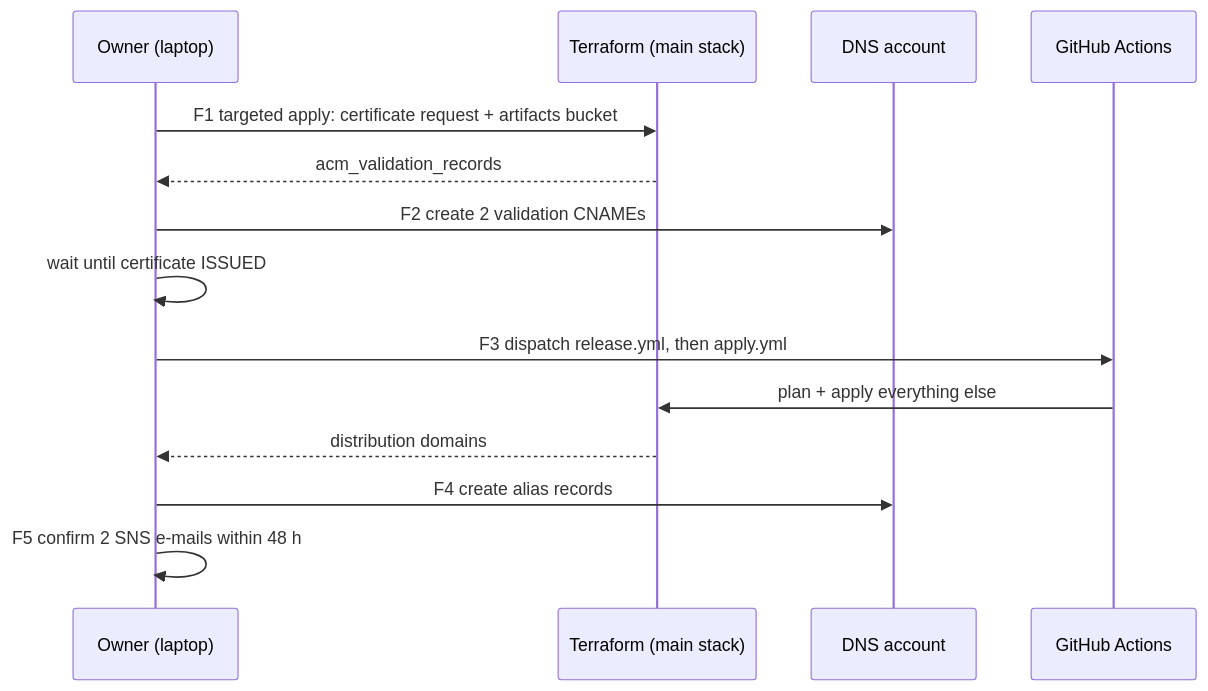
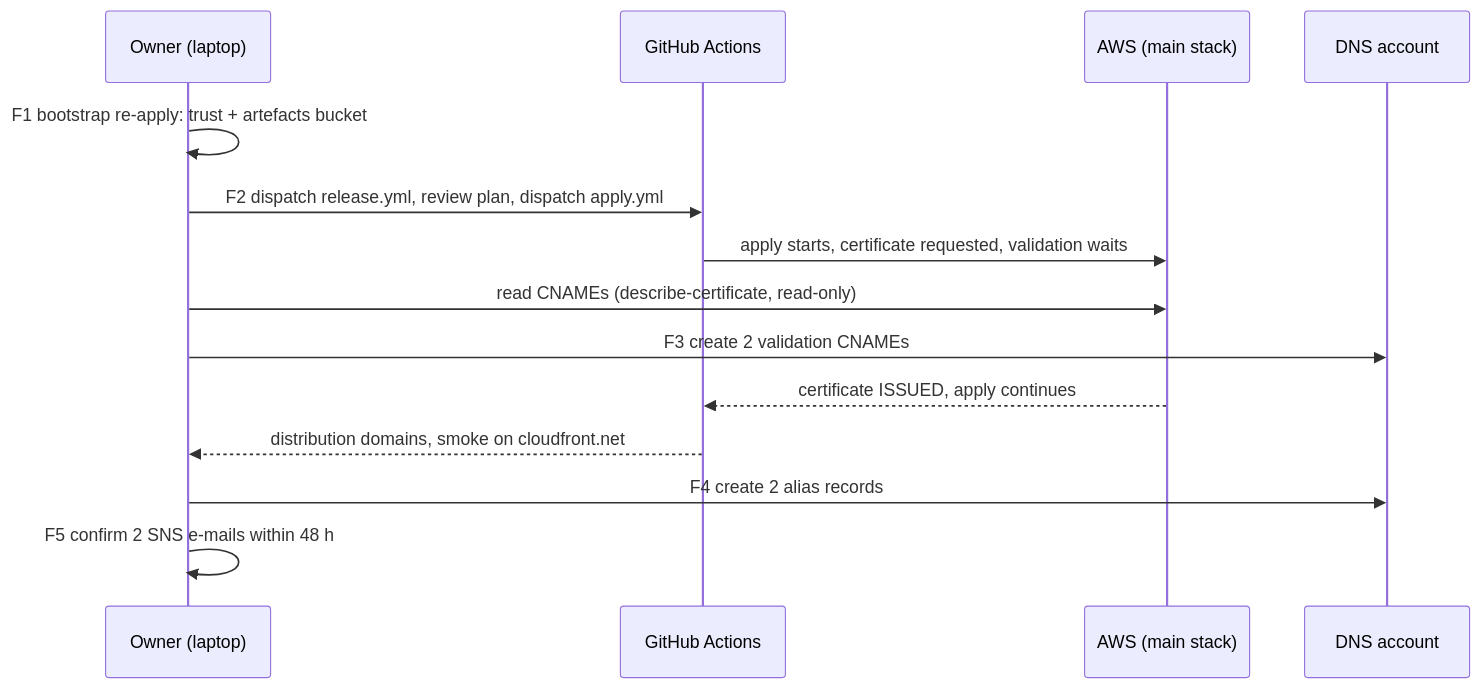
The third of 3 diagrams in docs/plan/H-infrastructure-and-delivery.md (jacklavelle286/space-tower-defence), drawn with Mermaid before and after one commit. The commit also changed other lines of this file and 19 other files, not shown here.

````diff
--- a/docs/plan/H-infrastructure-and-delivery.md
+++ b/docs/plan/H-infrastructure-and-delivery.md
@@ -840,16 +925,16 @@
 ```mermaid
 sequenceDiagram
   participant O as Owner (laptop)
-  participant T as Terraform (main stack)
+  participant G as GitHub Actions
+  participant T as AWS (main stack)
   participant D as DNS account
-  participant G as GitHub Actions
-  O->>T: F1 targeted apply: certificate request + artifacts bucket
-  T-->>O: acm_validation_records
-  O->>D: F2 create 2 validation CNAMEs
-  O->>O: wait until certificate ISSUED
-  O->>G: F3 dispatch release.yml, then apply.yml
-  G->>T: plan + apply everything else
-  T-->>O: distribution domains
-  O->>D: F4 create alias records
+  O->>O: F1 bootstrap re-apply: trust + artefacts bucket
+  O->>G: F2 dispatch release.yml, review plan, dispatch apply.yml
+  G->>T: apply starts, certificate requested, validation waits
+  O->>T: read CNAMEs (describe-certificate, read-only)
+  O->>D: F3 create 2 validation CNAMEs
+  T-->>G: certificate ISSUED, apply continues
+  G-->>O: distribution domains, smoke on cloudfront.net
+  O->>D: F4 create 2 alias records
   O->>O: F5 confirm 2 SNS e-mails within 48 h
 ```
````
